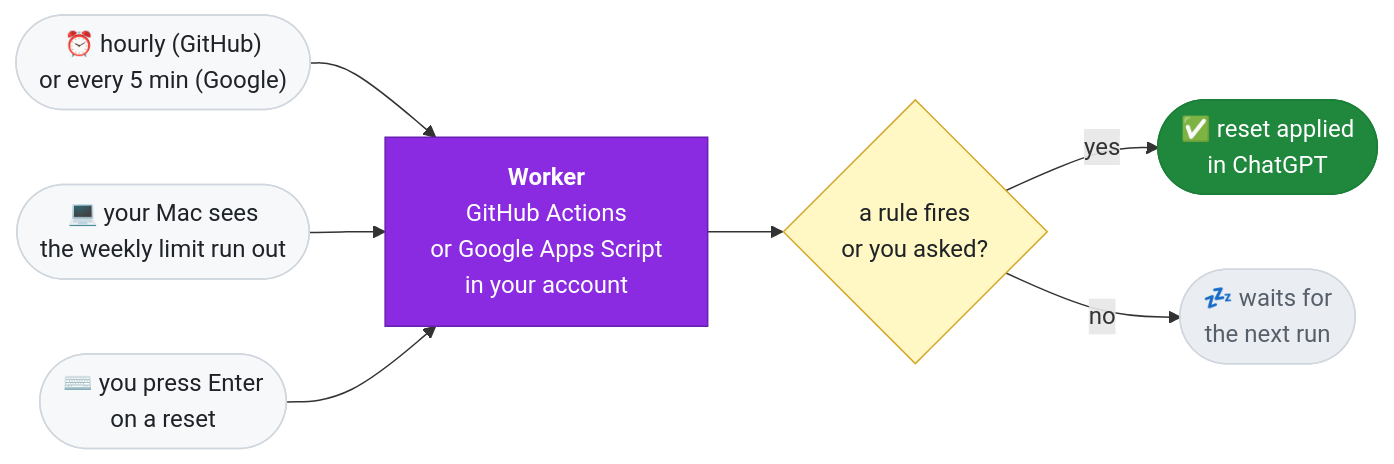
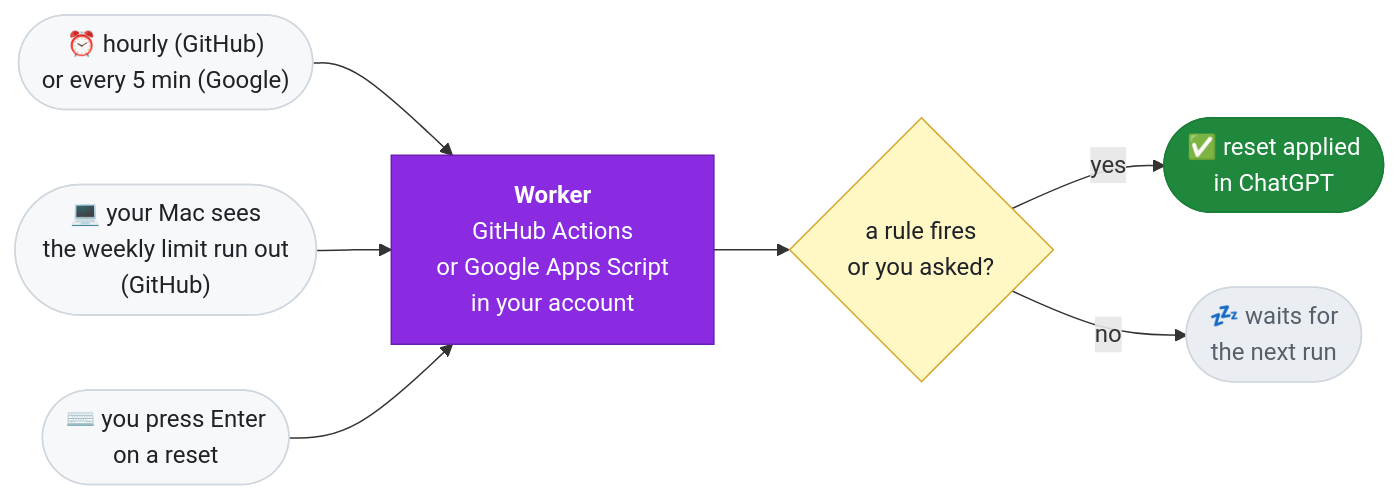
The diagram in README.md (Keshaqaz/ares), drawn with Mermaid before and after one commit. The commit also changed other lines of this file and 7 other files, not shown here.

````diff
--- a/README.md
+++ b/README.md
@@ -72,28 +87,28 @@
 ```mermaid
 flowchart LR
   hour(["⏰ hourly (GitHub)<br/>or every 5 min (Google)"])
-  mac(["💻 your Mac sees<br/>the weekly limit run out"])
+  mac(["💻 your Mac sees<br/>the weekly limit run out<br/>(GitHub)"])
   you(["⌨️ you press Enter<br/>on a reset"])
   worker["<b>Worker</b><br/>GitHub Actions<br/>or Google Apps Script<br/>in your account"]
   due{"a rule fires<br/>or you asked?"}
   apply(["✅ reset applied<br/>in ChatGPT"])
   wait(["💤 waits for<br/>the next run"])
 
   hour --> worker
   mac --> worker
   you --> worker
   worker --> due
   due -- yes --> apply
   due -- no --> wait
 
   classDef trigger fill:#f6f8fa,stroke:#d0d7de,color:#1f2328
   classDef main fill:#8A2BE2,stroke:#6a1fb0,color:#ffffff
   classDef check fill:#fff8c5,stroke:#d4a72c,color:#1f2328
   classDef ok fill:#1f883d,stroke:#1a7f37,color:#ffffff
   classDef idle fill:#eaeef2,stroke:#d0d7de,color:#57606a
   class hour,mac,you trigger
   class worker main
   class due check
   class apply ok
   class wait idle
 ```
````
